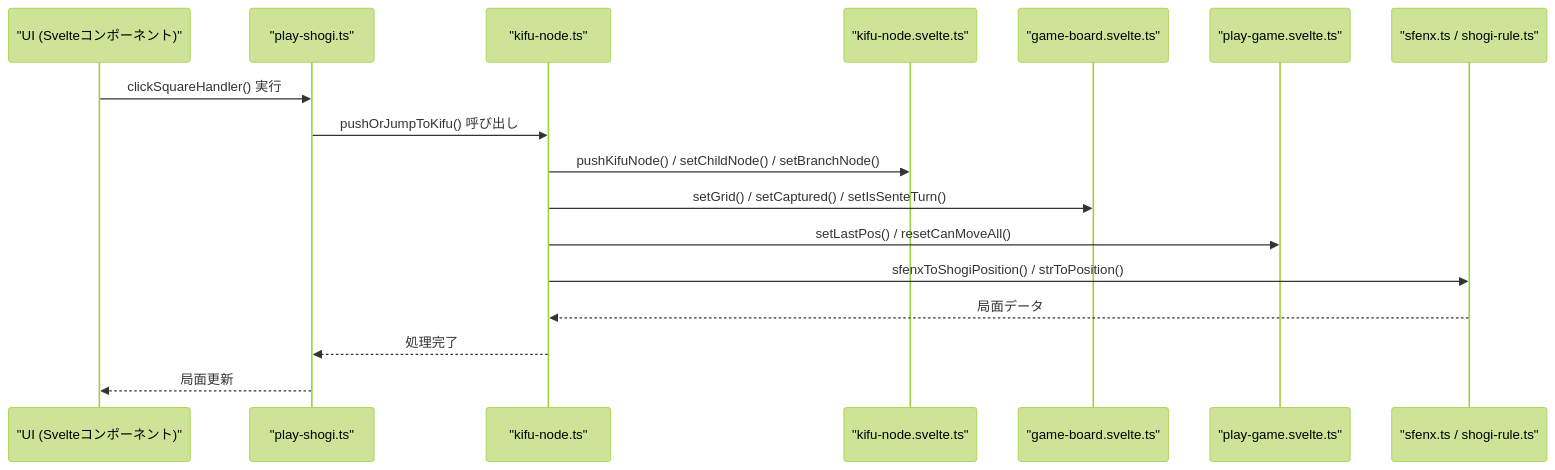
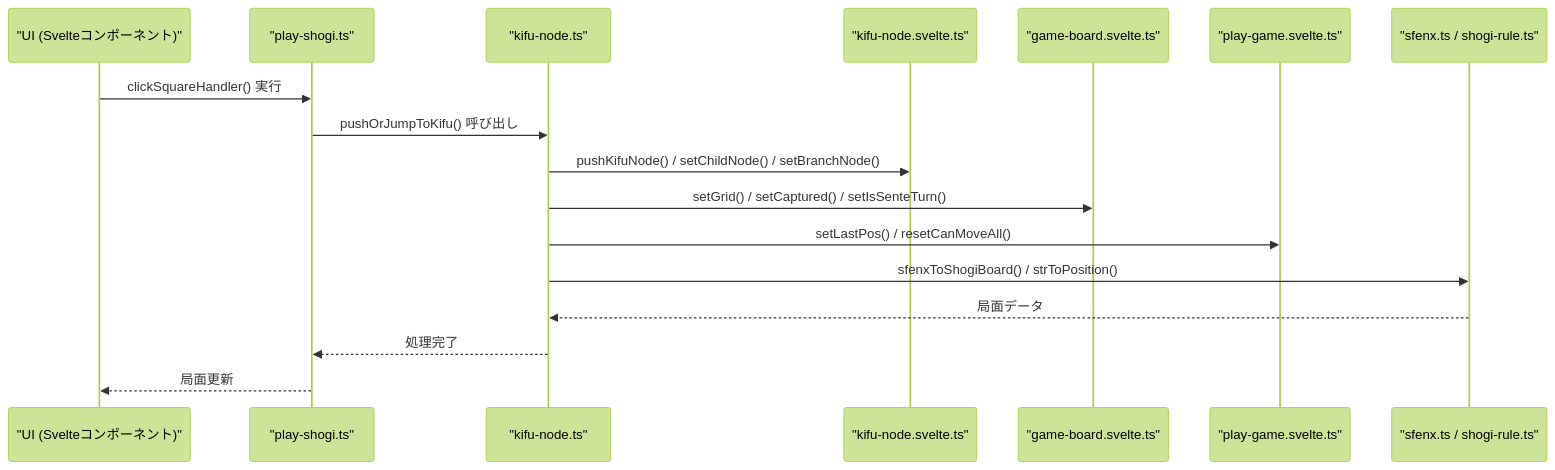
Before and after one commit to hashiryo/SvelteShogi: the second of 3 diagrams in .qoder/repowiki/ja/content/Kifu Node Handler.md, drawn with Mermaid (forest theme). The commit also changed other lines of this file and 17 other files, not shown here.

````diff
--- a/.qoder/repowiki/ja/content/Kifu Node Handler.md
+++ b/.qoder/repowiki/ja/content/Kifu Node Handler.md
@@ -83,19 +91,19 @@
 ```mermaid
 sequenceDiagram
 participant UI as "UI (Svelteコンポーネント)"
 participant PlayShogi as "play-shogi.ts"
 participant KifuNode as "kifu-node.ts"
 participant KifuStore as "kifu-node.svelte.ts"
 participant GameStore as "game-board.svelte.ts"
 participant PlayStore as "play-game.svelte.ts"
 participant Domain as "sfenx.ts / shogi-rule.ts"
 UI->>PlayShogi : clickSquareHandler() 実行
 PlayShogi->>KifuNode : pushOrJumpToKifu() 呼び出し
 KifuNode->>KifuStore : pushKifuNode() / setChildNode() / setBranchNode()
 KifuNode->>GameStore : setGrid() / setCaptured() / setIsSenteTurn()
 KifuNode->>PlayStore : setLastPos() / resetCanMoveAll()
-KifuNode->>Domain : sfenxToShogiPosition() / strToPosition()
+KifuNode->>Domain : sfenxToShogiBoard() / strToPosition()
 Domain-->>KifuNode : 局面データ
 KifuNode-->>PlayShogi : 処理完了
 PlayShogi-->>UI : 局面更新
 ```
````
